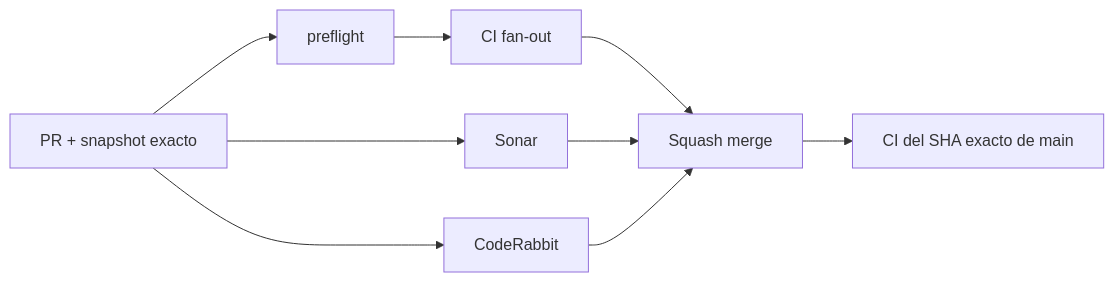
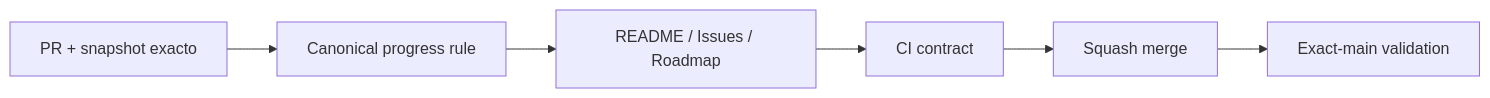
One commit to pl0n3r/brvtal changed the diagram in README.md. Above: the diagram before and after it, drawn with Mermaid. The commit also changed other lines of this file and 4 other files, not shown here.

````diff
--- a/README.md
+++ b/README.md
@@ -44,11 +48,8 @@
 ```mermaid
 flowchart LR
- A["PR + snapshot exacto"] --> P["preflight"]
- P --> F["CI fan-out"]
- A --> S["Sonar"]
- A --> C["CodeRabbit"]
- F --> M["Squash merge"]
- S --> M
- C --> M
- M --> X["CI del SHA exacto de main"]
+ A["PR + snapshot exacto"] --> R["Canonical progress rule"]
+ R --> T["README / Issues / Roadmap"]
+ T --> C["CI contract"]
+ C --> M["Squash merge"]
+ M --> X["Exact-main validation"]
 ```
````
